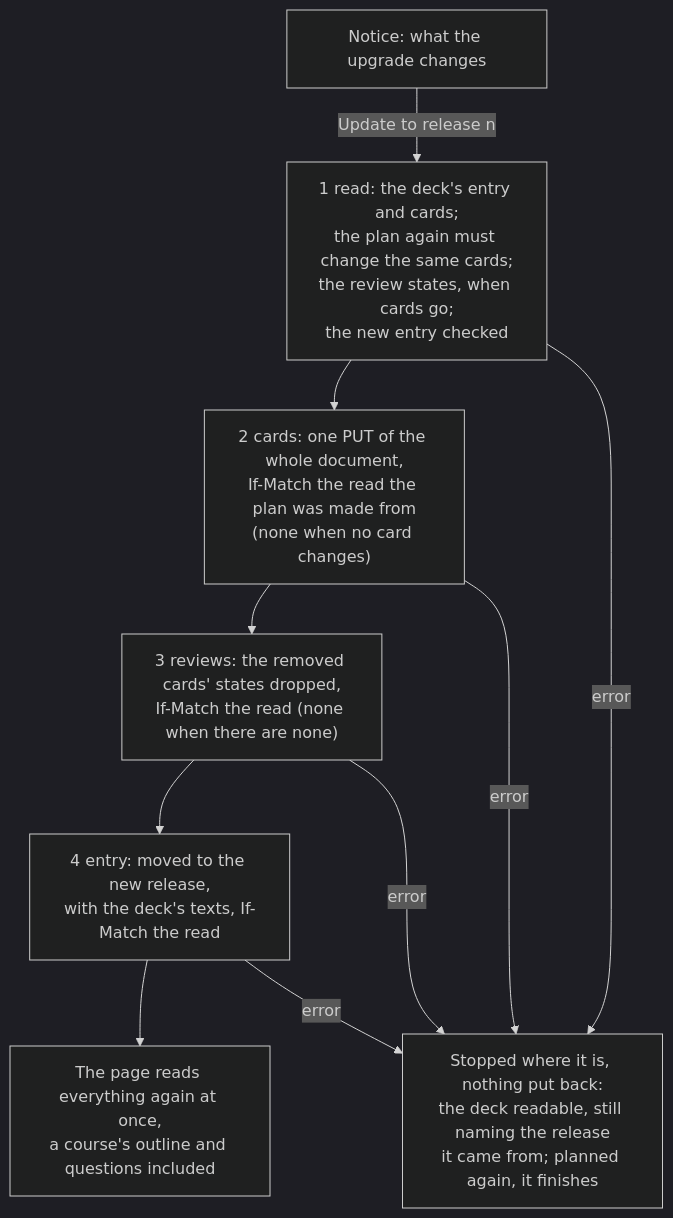
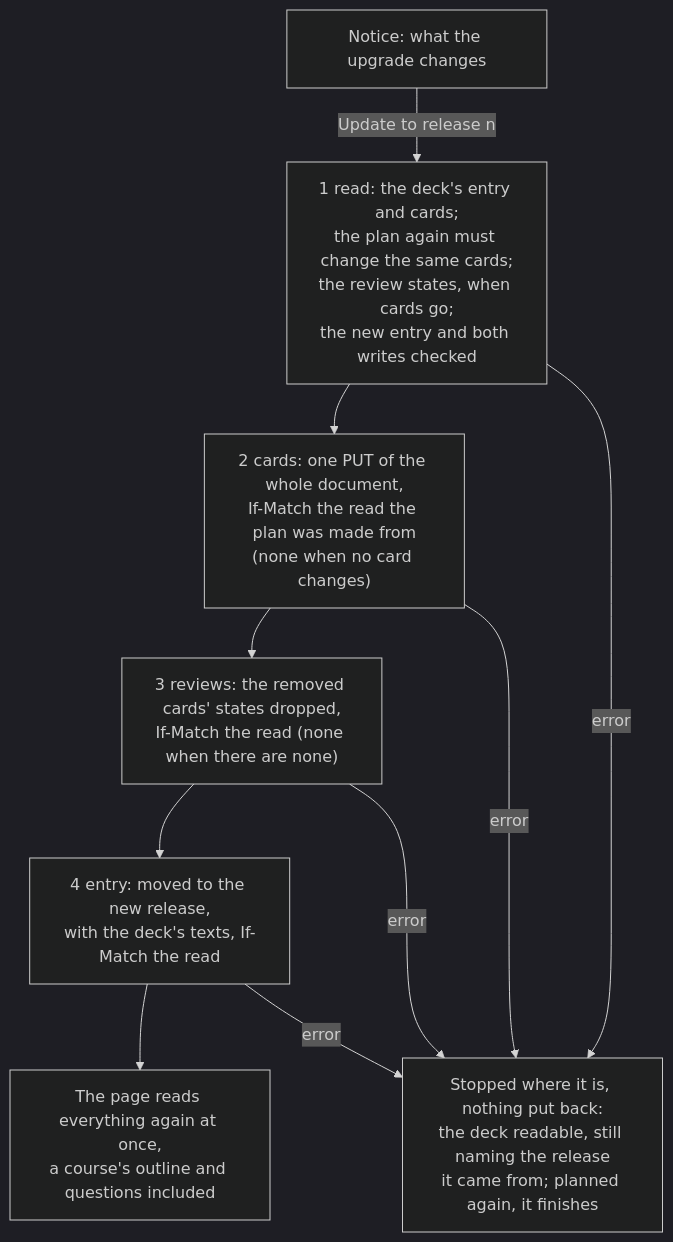
Before and after one commit to solid-memo/website: the third of 3 diagrams in docs/migrations.md, drawn with Mermaid (dark theme). The commit also changed other lines of this file and 4 other files, not shown here.

First line of the commit message:
fix(application): check a library upgrade's writes before sending any

````diff
--- a/docs/migrations.md
+++ b/docs/migrations.md
@@ -928,11 +932,11 @@
 ```mermaid
 flowchart TD
     accTitle: Upgrading a library deck
     accDescr: The upgrade reads the deck, puts its cards, drops the removed cards' review states and moves the entry to the new release, and an error stops it where it is.
-    offer["Notice: what the upgrade changes"] -->|Update to release n| read["1 read: the deck's entry and cards;<br/>the plan again must change the same cards;<br/>the review states, when cards go;<br/>the new entry checked"]
+    offer["Notice: what the upgrade changes"] -->|Update to release n| read["1 read: the deck's entry and cards;<br/>the plan again must change the same cards;<br/>the review states, when cards go;<br/>the new entry and both writes checked"]
     read --> cards["2 cards: one PUT of the whole document,<br/>If-Match the read the plan was made from<br/>(none when no card changes)"]
     cards --> reviews["3 reviews: the removed cards' states dropped,<br/>If-Match the read (none when there are none)"]
     reviews --> entry["4 entry: moved to the new release,<br/>with the deck's texts, If-Match the read"]
     entry --> refresh["The page reads everything again at once,<br/>a course's outline and questions included"]
     read & cards & reviews & entry -->|error| stop["Stopped where it is, nothing put back:<br/>the deck readable, still naming the release<br/>it came from; planned again, it finishes"]
 ```
````
